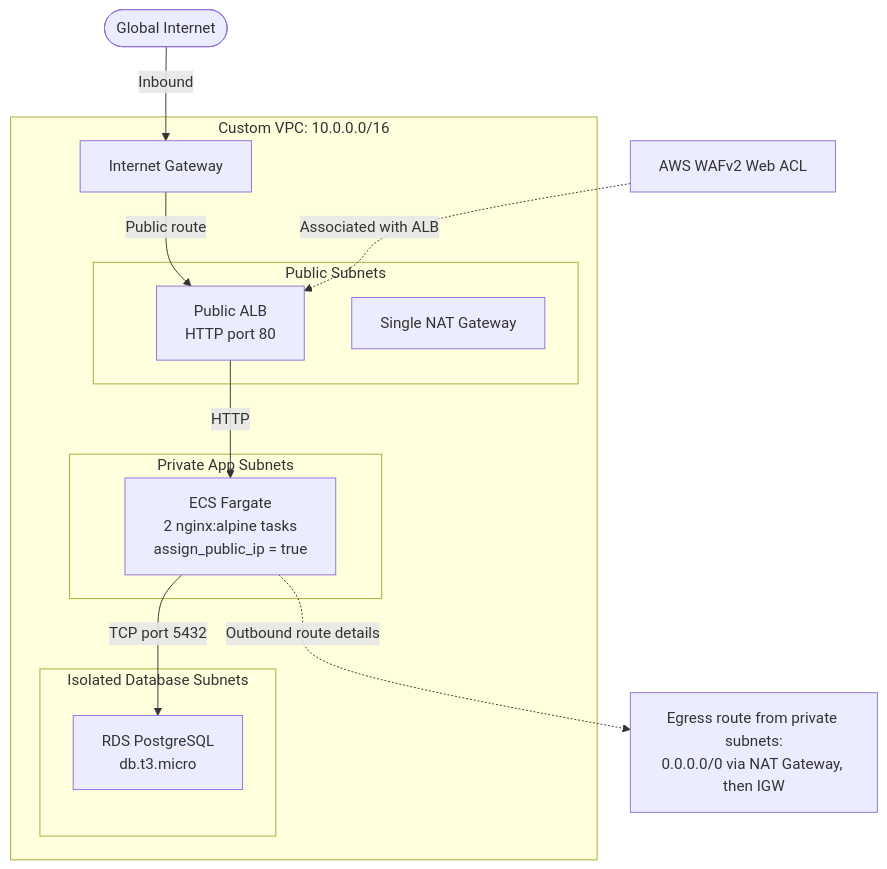
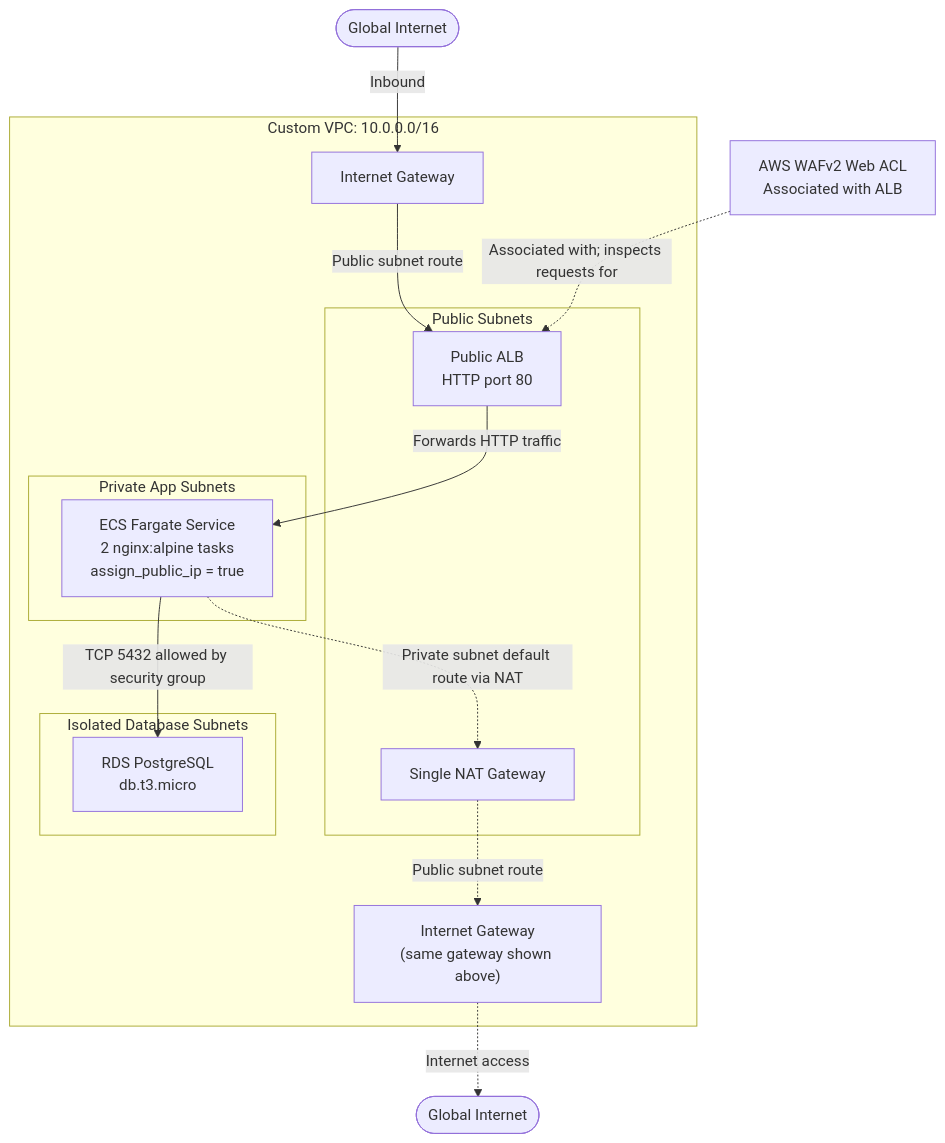
Before and after one commit to charishmanm24/AWS-Project: the diagram in README.md, drawn with Mermaid.

Commit message:
Refine VPC diagram and update service descriptions
Updated the diagram and descriptions for clarity on the VPC architecture, including changes to the Internet Gateway and ECS service details.

````diff
--- a/README.md
+++ b/README.md
@@ -21,30 +21,36 @@
 ```mermaid
 flowchart TB
-    Internet([Global Internet])
+    InternetIn([Global Internet])
+    WAF["AWS WAFv2 Web ACL<br/>Associated with ALB"]
 
     subgraph VPC["Custom VPC: 10.0.0.0/16"]
-        IGW["Internet Gateway"]
+        IGWIn["Internet Gateway"]
 
         subgraph Public["Public Subnets"]
             ALB["Public ALB<br/>HTTP port 80"]
             NAT["Single NAT Gateway"]
         end
 
         subgraph Private["Private App Subnets"]
-            ECS["ECS Fargate<br/>2 nginx:alpine tasks<br/>assign_public_ip = true"]
+            ECS["ECS Fargate Service<br/>2 nginx:alpine tasks<br/>assign_public_ip = true"]
         end
 
         subgraph Data["Isolated Database Subnets"]
             DB["RDS PostgreSQL<br/>db.t3.micro"]
         end
+
+        IGWOut["Internet Gateway<br/>(same gateway shown above)"]
     end
 
-    Egress["Egress route from private subnets:<br/>0.0.0.0/0 via NAT Gateway, then IGW"]
+    InternetOut([Global Internet])
 
-    Internet -->|Inbound| IGW
-    IGW -->|Public route| ALB
-    WAF["AWS WAFv2 Web ACL"] -.->|Associated with ALB| ALB
-    ALB -->|HTTP| ECS
-    ECS -->|TCP port 5432| DB
-    ECS -.->|Outbound route details| Egress
+    InternetIn -->|Inbound| IGWIn
+    IGWIn -->|Public subnet route| ALB
+    WAF -.->|Associated with; inspects requests for| ALB
+    ALB -->|Forwards HTTP traffic| ECS
+    ECS -->|TCP 5432 allowed by security group| DB
+
+    ECS -.->|Private subnet default route via NAT| NAT
+    NAT -.->|Public subnet route| IGWOut
+    IGWOut -.->|Internet access| InternetOut
 ```
````
